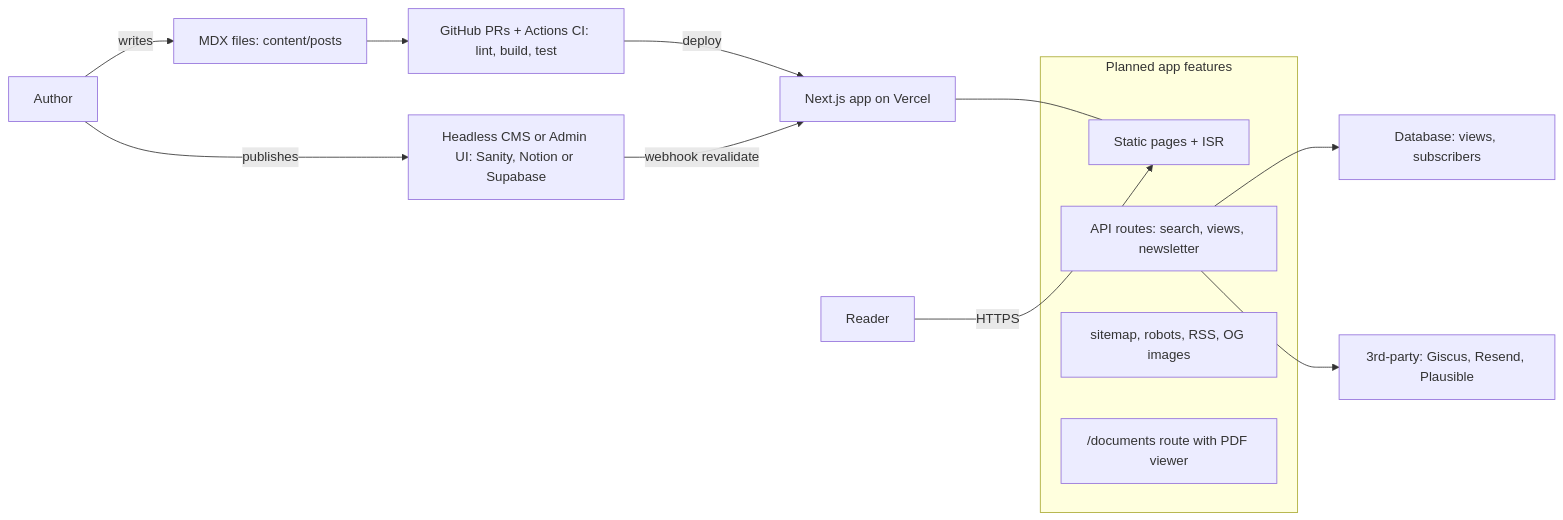
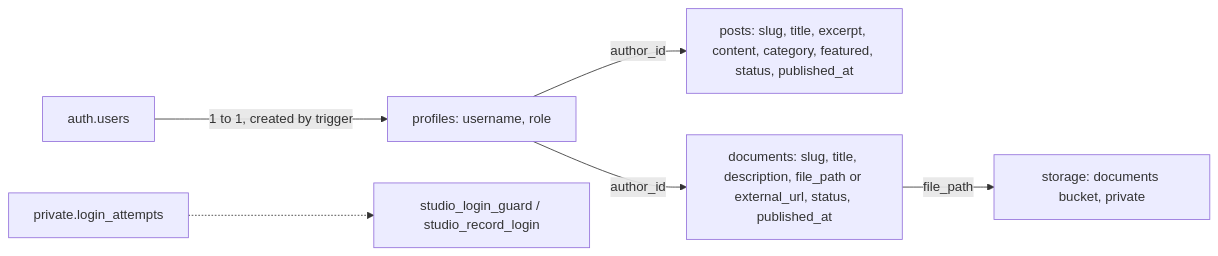
Before and after one commit to SanketAdk/Emergent-Blog-: the fifth of 5 diagrams in README.md, drawn with Mermaid. The commit also changed other lines of this file and 4 other files, not shown here.

First line of the commit message:
Docs: deployment runbook, author's Studio guide, README for new architecture

````diff
--- a/README.md
+++ b/README.md
@@ -347,18 +280,8 @@
 ```mermaid
 graph LR
-  AU["Author"] -->|publishes| CMS["Headless CMS or Admin UI: Sanity, Notion or Supabase"]
-  AU -->|writes| MDX["MDX files: content/posts"]
-  MDX --> GH["GitHub PRs + Actions CI: lint, build, test"]
-  GH -->|deploy| APP["Next.js app on Vercel"]
-  CMS -->|webhook revalidate| APP
-  subgraph Planned app features
-    S1["Static pages + ISR"]
-    S2["API routes: search, views, newsletter"]
-    S3["sitemap, robots, RSS, OG images"]
-    S4["/documents route with PDF viewer"]
-  end
-  APP --- S1
-  S2 --> DBX["Database: views, subscribers"]
-  S2 --> EXT["3rd-party: Giscus, Resend, Plausible"]
-  RD["Reader"] -->|HTTPS| S1
+  U["auth.users"] -->|1 to 1, created by trigger| P["profiles: username, role"]
+  P -->|author_id| PO["posts: slug, title, excerpt, content, category, featured, status, published_at"]
+  P -->|author_id| D["documents: slug, title, description, file_path or external_url, status, published_at"]
+  D -->|file_path| S["storage: documents bucket, private"]
+  LA["private.login_attempts"] -.-> G["studio_login_guard / studio_record_login"]
 ```
````
